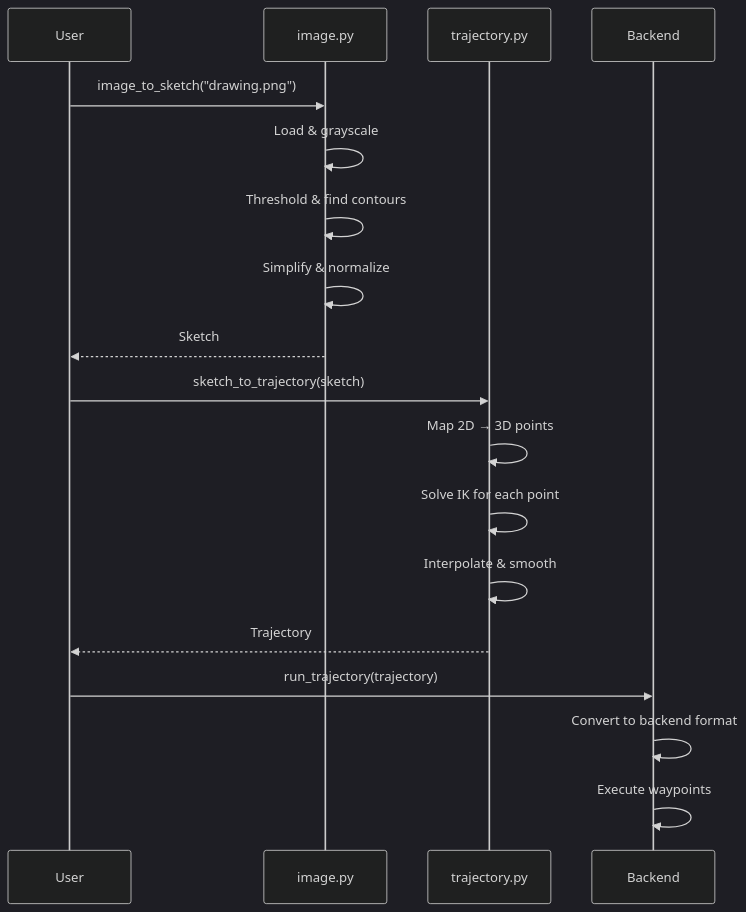
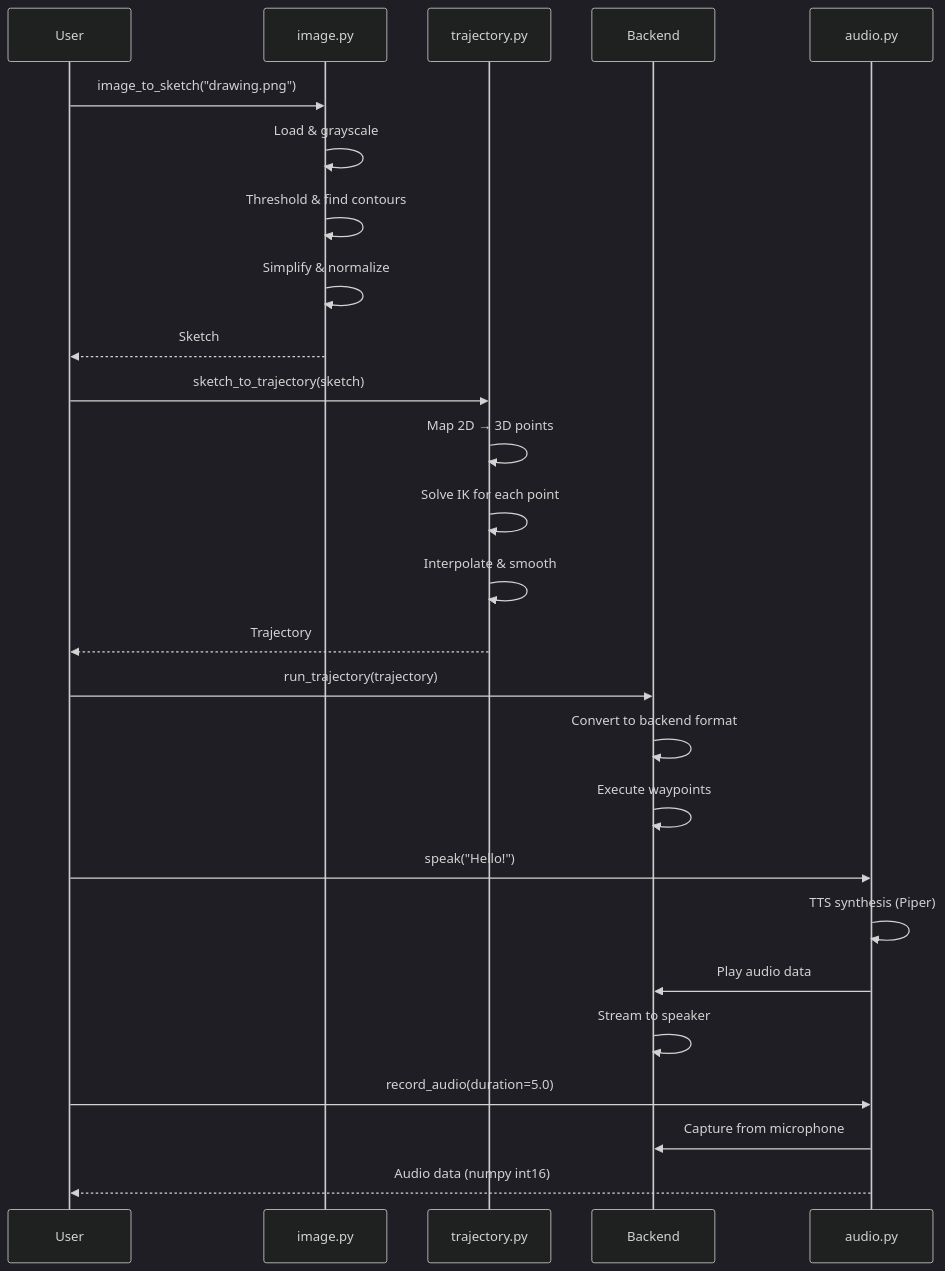
Before and after one commit to mamrehn/pib3: the second of 2 diagrams in docs/architecture/overview.md, drawn with Mermaid (dark theme). The commit also changed other lines of this file and 5 other files, not shown here.

````diff
--- a/docs/architecture/overview.md
+++ b/docs/architecture/overview.md
@@ -62,23 +62,33 @@
 ```mermaid
 sequenceDiagram
     participant User
     participant image.py
     participant trajectory.py
     participant Backend
+    participant audio.py
 
     User->>image.py: image_to_sketch("drawing.png")
     image.py->>image.py: Load & grayscale
     image.py->>image.py: Threshold & find contours
     image.py->>image.py: Simplify & normalize
     image.py-->>User: Sketch
 
     User->>trajectory.py: sketch_to_trajectory(sketch)
     trajectory.py->>trajectory.py: Map 2D → 3D points
     trajectory.py->>trajectory.py: Solve IK for each point
     trajectory.py->>trajectory.py: Interpolate & smooth
     trajectory.py-->>User: Trajectory
 
     User->>Backend: run_trajectory(trajectory)
     Backend->>Backend: Convert to backend format
     Backend->>Backend: Execute waypoints
+
+    User->>audio.py: speak("Hello!")
+    audio.py->>audio.py: TTS synthesis (Piper)
+    audio.py->>Backend: Play audio data
+    Backend->>Backend: Stream to speaker
+
+    User->>audio.py: record_audio(duration=5.0)
+    audio.py->>Backend: Capture from microphone
+    audio.py-->>User: Audio data (numpy int16)
 ```
````
